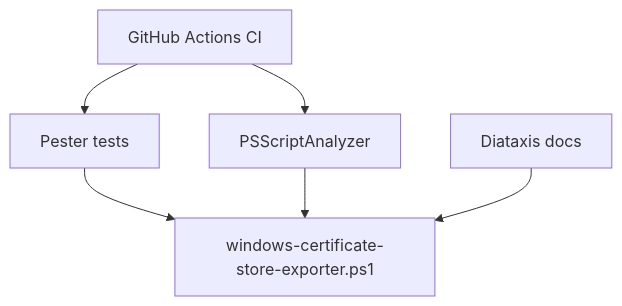
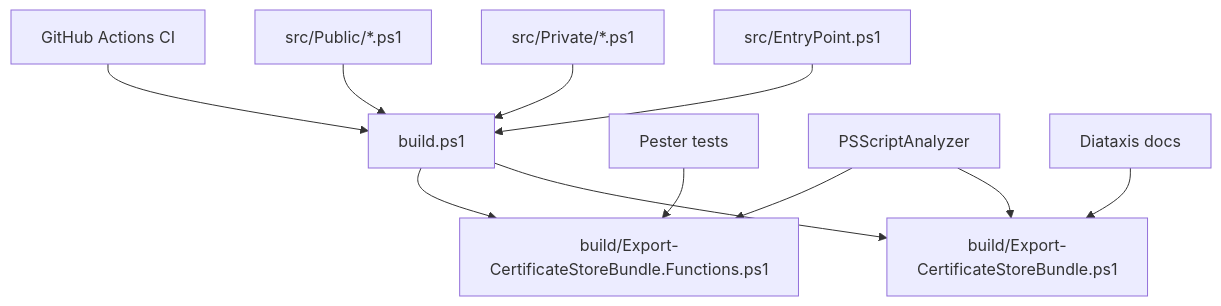
The diagram in docs/diagrams/module-layout.mmd (nwarila-platform/windows-certificate-store-exporter), drawn with Mermaid before and after one commit. The commit also changed 29 other files, not shown here.

```diff
--- a/docs/diagrams/module-layout.mmd
+++ b/docs/diagrams/module-layout.mmd
@@ -1,7 +1,22 @@
 flowchart TD
-    Script[windows-certificate-store-exporter.ps1]
-    Tests[Pester tests] --> Script
-    Analyzer[PSScriptAnalyzer] --> Script
-    CI[GitHub Actions CI] --> Tests
-    CI --> Analyzer
-    Docs[Diataxis docs] --> Script
+    EntryPoint[src/EntryPoint.ps1]
+    Private[src/Private/*.ps1]
+    Public[src/Public/*.ps1]
+    Build[build.ps1]
+    Release[build/Export-CertificateStoreBundle.ps1]
+    Functions[build/Export-CertificateStoreBundle.Functions.ps1]
+    Tests[Pester tests]
+    Analyzer[PSScriptAnalyzer]
+    CI[GitHub Actions CI]
+    Docs[Diataxis docs]
+
+    EntryPoint --> Build
+    Private --> Build
+    Public --> Build
+    Build --> Release
+    Build --> Functions
+    Tests --> Functions
+    Analyzer --> Release
+    Analyzer --> Functions
+    CI --> Build
+    Docs --> Release
```
